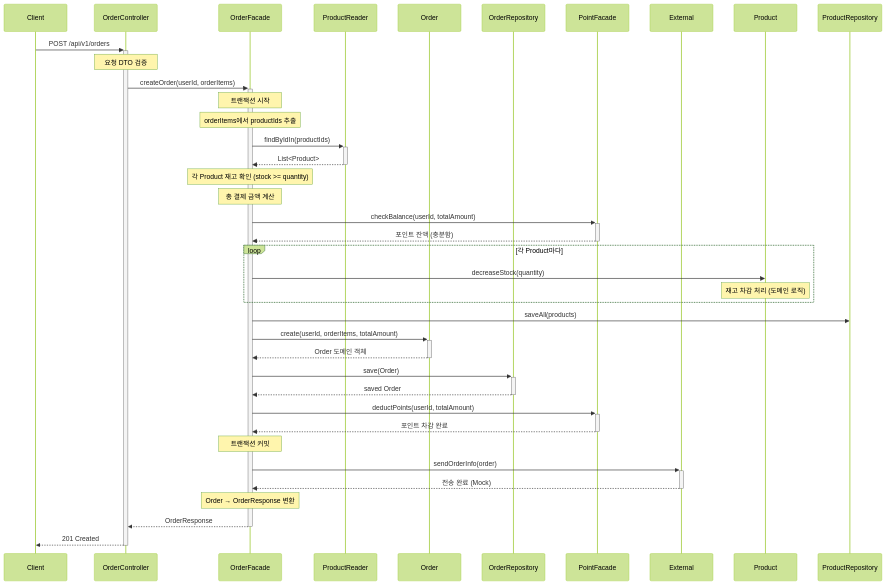
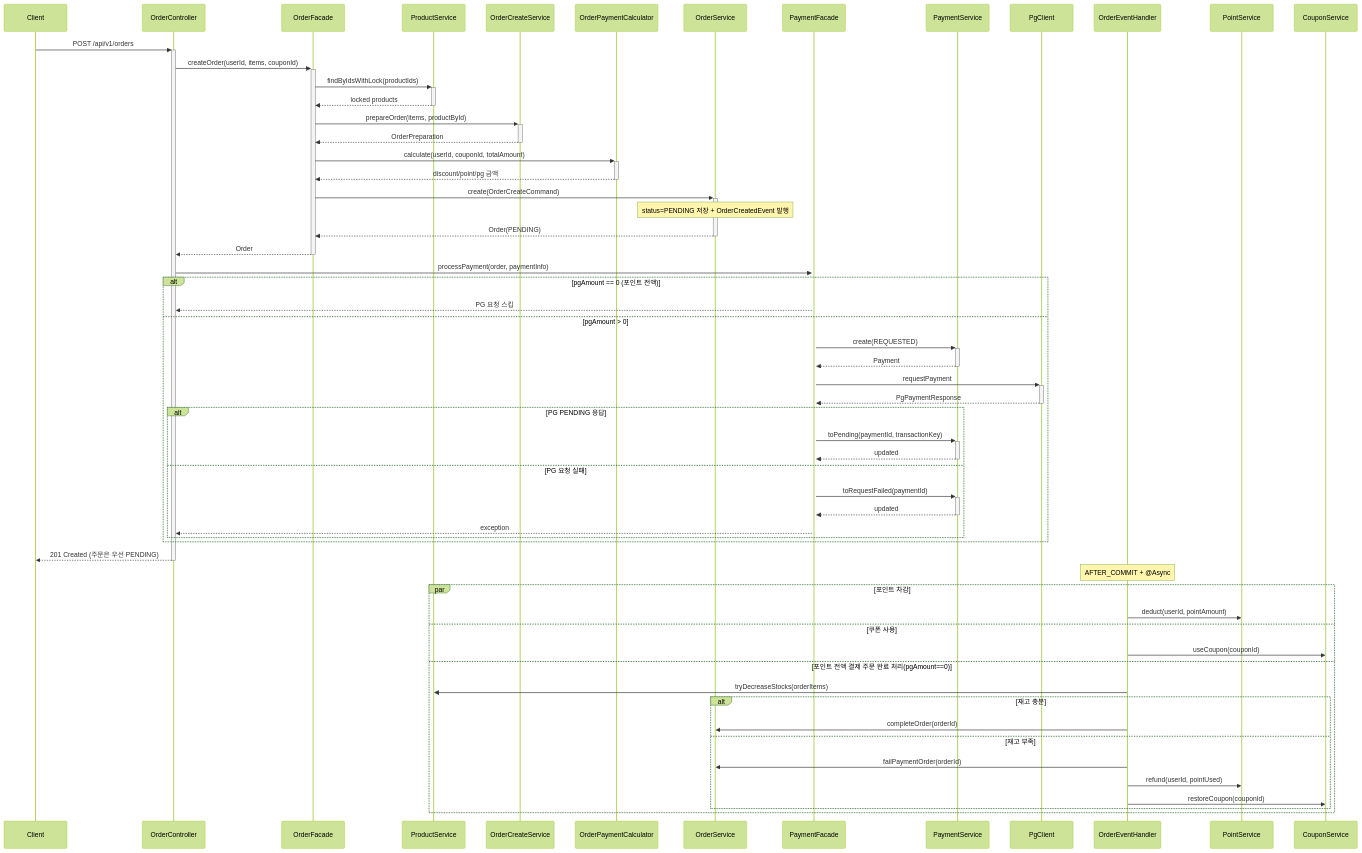
Before and after one commit to JeonJe/commerce-backend: the fifth of 10 diagrams in docs/design/02-sequence-diagrams.md, drawn with Mermaid (forest theme). The commit also changed other lines of this file and 9 other files, not shown here.

````diff
--- a/docs/design/02-sequence-diagrams.md
+++ b/docs/design/02-sequence-diagrams.md
@@ -464,54 +169,69 @@
 ```mermaid
 sequenceDiagram
     participant Client
     participant OrderController
     participant OrderFacade
-    participant ProductReader
-    participant Order
-    participant OrderRepository
-    participant PointFacade
-    participant External
+    participant ProductService
+    participant OrderCreateService
+    participant PaymentCalc as OrderPaymentCalculator
+    participant OrderService
+    participant PaymentFacade
+    participant PaymentService
+    participant PgClient
+    participant OrderEventHandler
+    participant PointService
+    participant CouponService
 
     Client->>+OrderController: POST /api/v1/orders
-    Note over OrderController: 요청 DTO 검증
+    OrderController->>+OrderFacade: createOrder(userId, items, couponId)
 
-    OrderController->>+OrderFacade: createOrder(userId, orderItems)
+    OrderFacade->>+ProductService: findByIdsWithLock(productIds)
+    ProductService-->>-OrderFacade: locked products
+    OrderFacade->>+OrderCreateService: prepareOrder(items, productById)
+    OrderCreateService-->>-OrderFacade: OrderPreparation
+    OrderFacade->>+PaymentCalc: calculate(userId, couponId, totalAmount)
+    PaymentCalc-->>-OrderFacade: discount/point/pg 금액
 
-    Note over OrderFacade: 트랜잭션 시작
+    OrderFacade->>+OrderService: create(OrderCreateCommand)
+    Note over OrderService: status=PENDING 저장 + OrderCreatedEvent 발행
+    OrderService-->>-OrderFacade: Order(PENDING)
 
-    Note over OrderFacade: orderItems에서 productIds 추출
-    OrderFacade->>+ProductReader: findByIdIn(productIds)
-    ProductReader-->>-OrderFacade: List<Product>
+    OrderFacade-->>-OrderController: Order
+    OrderController->>+PaymentFacade: processPayment(order, paymentInfo)
 
-    Note over OrderFacade: 각 Product 재고 확인 (stock >= quantity)
-    Note over OrderFacade: 총 결제 금액 계산
+    alt pgAmount == 0 (포인트 전액)
+        PaymentFacade-->>OrderController: PG 요청 스킵
+    else pgAmount > 0
+        PaymentFacade->>+PaymentService: create(REQUESTED)
+        PaymentService-->>-PaymentFacade: Payment
+        PaymentFacade->>+PgClient: requestPayment
+        PgClient-->>-PaymentFacade: PgPaymentResponse
 
-    OrderFacade->>+PointFacade: checkBalance(userId, totalAmount)
-    PointFacade-->>-OrderFacade: 포인트 잔액 (충분함)
-
-    loop 각 Product마다
-        OrderFacade->>Product: decreaseStock(quantity)
-        Note over Product: 재고 차감 처리 (도메인 로직)
+        alt PG PENDING 응답
+            PaymentFacade->>+PaymentService: toPending(paymentId, transactionKey)
+            PaymentService-->>-PaymentFacade: updated
+        else PG 요청 실패
+            PaymentFacade->>+PaymentService: toRequestFailed(paymentId)
+            PaymentService-->>-PaymentFacade: updated
+            PaymentFacade-->>OrderController: exception
+        end
     end
 
-    OrderFacade->>ProductRepository: saveAll(products)
+    OrderController-->>-Client: 201 Created (주문은 우선 PENDING)
 
-    OrderFacade->>+Order: create(userId, orderItems, totalAmount)
-    Order-->>-OrderFacade: Order 도메인 객체
-
-    OrderFacade->>+OrderRepository: save(Order)
-    OrderRepository-->>-OrderFacade: saved Order
-
-    OrderFacade->>+PointFacade: deductPoints(userId, totalAmount)
-    PointFacade-->>-OrderFacade: 포인트 차감 완료
-
-    Note over OrderFacade: 트랜잭션 커밋
-
-    OrderFacade->>+External: sendOrderInfo(order)
-    External-->>-OrderFacade: 전송 완료 (Mock)
-
-    Note over OrderFacade: Order → OrderResponse 변환
-
-    OrderFacade-->>-OrderController: OrderResponse
-    OrderController-->>-Client: 201 Created
+    Note over OrderEventHandler: AFTER_COMMIT + @Async
+    par 포인트 차감
+        OrderEventHandler->>PointService: deduct(userId, pointAmount)
+    and 쿠폰 사용
+        OrderEventHandler->>CouponService: useCoupon(couponId)
+    and 포인트 전액 결제 주문 완료 처리(pgAmount==0)
+        OrderEventHandler->>ProductService: tryDecreaseStocks(orderItems)
+        alt 재고 충분
+            OrderEventHandler->>OrderService: completeOrder(orderId)
+        else 재고 부족
+            OrderEventHandler->>OrderService: failPaymentOrder(orderId)
+            OrderEventHandler->>PointService: refund(userId, pointUsed)
+            OrderEventHandler->>CouponService: restoreCoupon(couponId)
+        end
+    end
 ```
````
